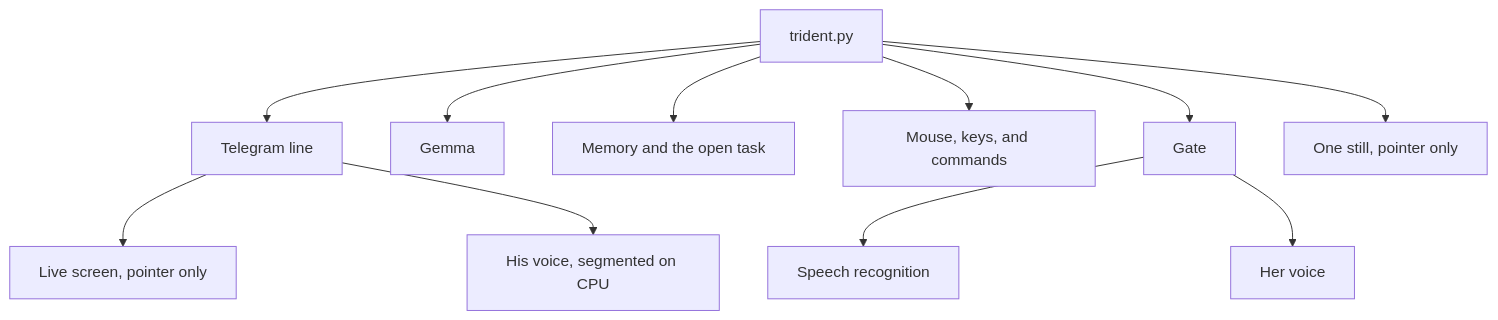
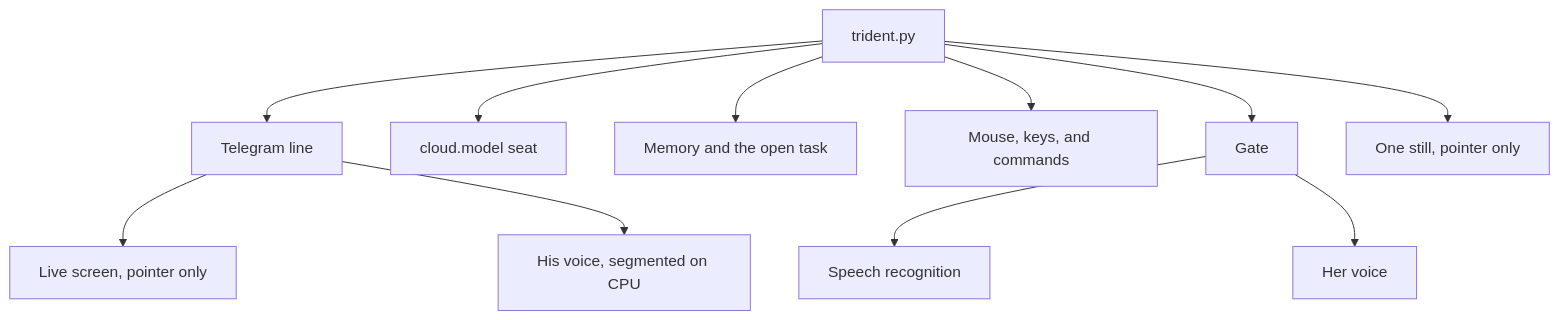
Before and after one commit to wgabrys88/Trident: the third of 3 diagrams in README.md, drawn with Mermaid. The commit also changed other lines of this file and 2 other files, not shown here.

Commit message:
Seat the consult model for decisions and leave Gemma unloaded.

````diff
--- a/README.md
+++ b/README.md
@@ -56,13 +56,13 @@
 ```mermaid
 flowchart TB
   mainPy["trident.py"] --> line["Telegram line"]
-  mainPy --> brain["Gemma"]
+  mainPy --> brain["cloud.model seat"]
   mainPy --> memory["Memory and the open task"]
   mainPy --> hands["Mouse, keys, and commands"]
   mainPy --> gate["Gate"]
   line --> screen["Live screen, pointer only"]
   line --> hearing["His voice, segmented on CPU"]
   gate --> ear["Speech recognition"]
   gate --> mouth["Her voice"]
   mainPy --> still["One still, pointer only"]
 ```
````
